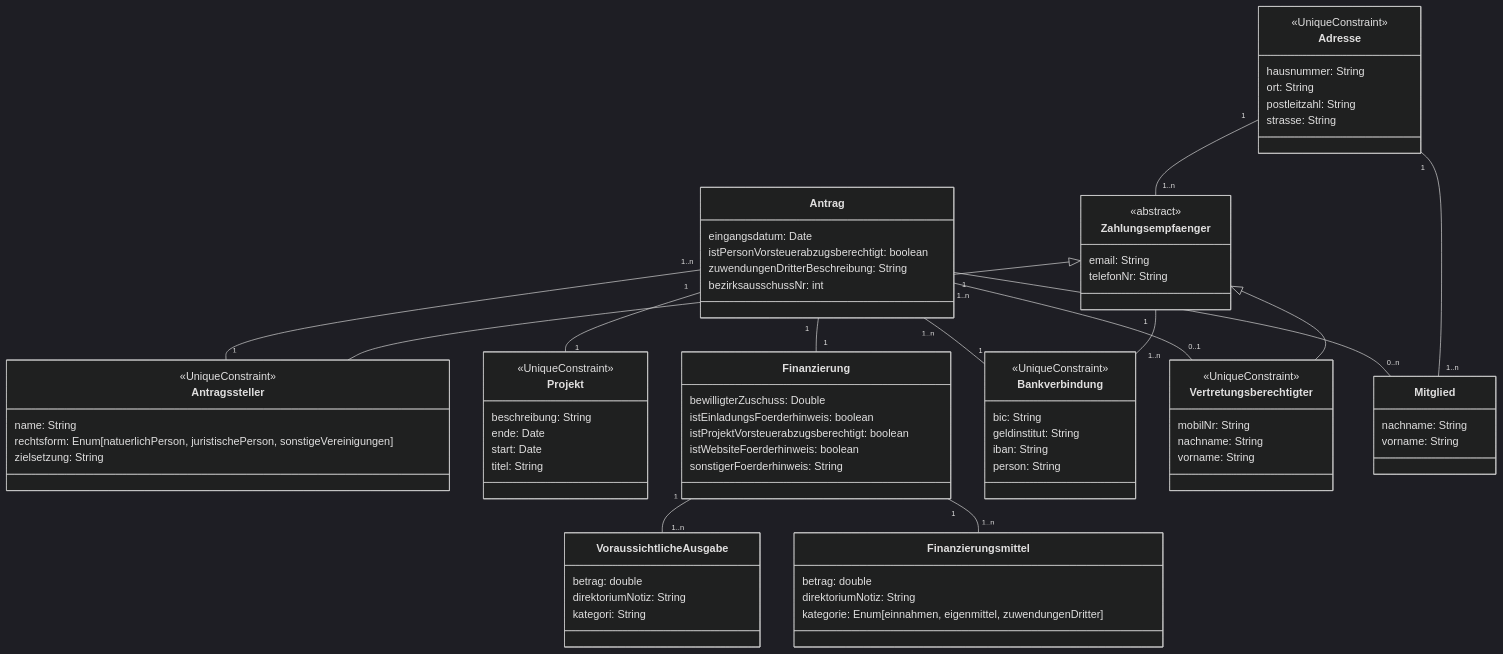
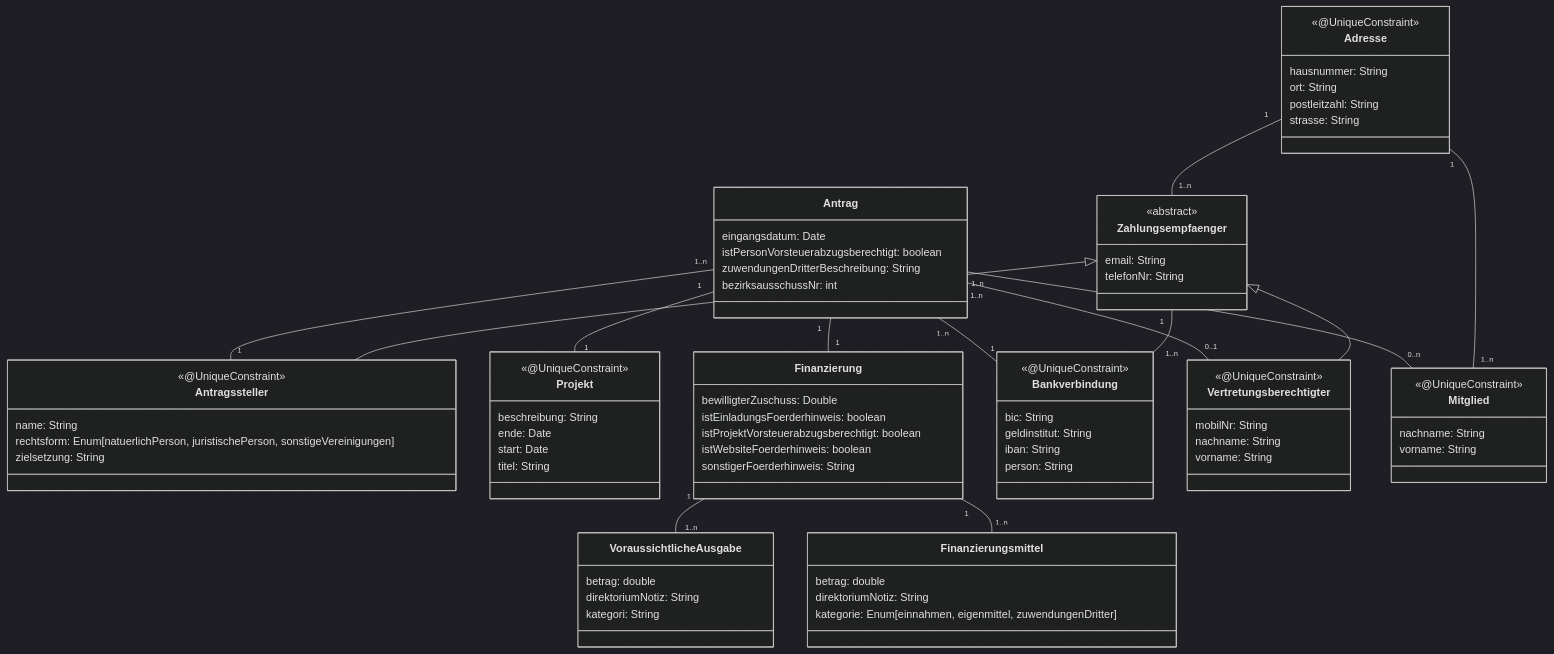
Before and after one commit to it-at-m/stadtbezirksbudget: the diagram in docs/src/features/data-model.md, drawn with Mermaid (dark theme). The commit also changed 3 other files, not shown here.

Commit message:
:rewind: rewind "Antrag"->"Mitglied" relation to ManyToMany

```diff
--- a/docs/src/features/data-model.md
+++ b/docs/src/features/data-model.md
@@ -7,7 +7,7 @@
     Antrag "1"--"1" Finanzierung
     Antrag "1..n"--"1" Bankverbindung
     Antrag "1..n"--"0..1" Vertretungsberechtigter
-    Antrag "1"--"0..n" Mitglied
+    Antrag "1..n"--"0..n" Mitglied
     Finanzierung "1"--"1..n" VoraussichtlicheAusgabe
     Finanzierung "1"--"1..n" Finanzierungsmittel
     Adresse "1"--"1..n" Mitglied
@@ -24,7 +24,7 @@
     }
 
     class Projekt{
-        <<UniqueConstraint>>
+        <<@UniqueConstraint>>
         beschreibung: String
         ende: Date
         start: Date
@@ -32,7 +32,7 @@
     }
 
     class Bankverbindung{
-        <<UniqueConstraint>>
+        <<@UniqueConstraint>>
         bic: String
         geldinstitut: String
         iban: String
@@ -48,14 +48,14 @@
     }
 
     class Antragssteller{
-        <<UniqueConstraint>>
+        <<@UniqueConstraint>>
         name: String
         rechtsform: Enum[natuerlichPerson, juristischePerson, sonstigeVereinigungen]
         zielsetzung: String
     }
 
     class Adresse{
-        <<UniqueConstraint>>
+        <<@UniqueConstraint>>
         hausnummer: String
         ort: String
         postleitzahl: String
@@ -63,7 +63,7 @@
     }
 
     class Vertretungsberechtigter{
-        <<UniqueConstraint>>
+        <<@UniqueConstraint>>
         mobilNr: String
         nachname: String
         vorname: String
@@ -82,6 +82,7 @@
     }
 
     class Mitglied{
+        <<@UniqueConstraint>>
         nachname: String
         vorname: String
     }
```
